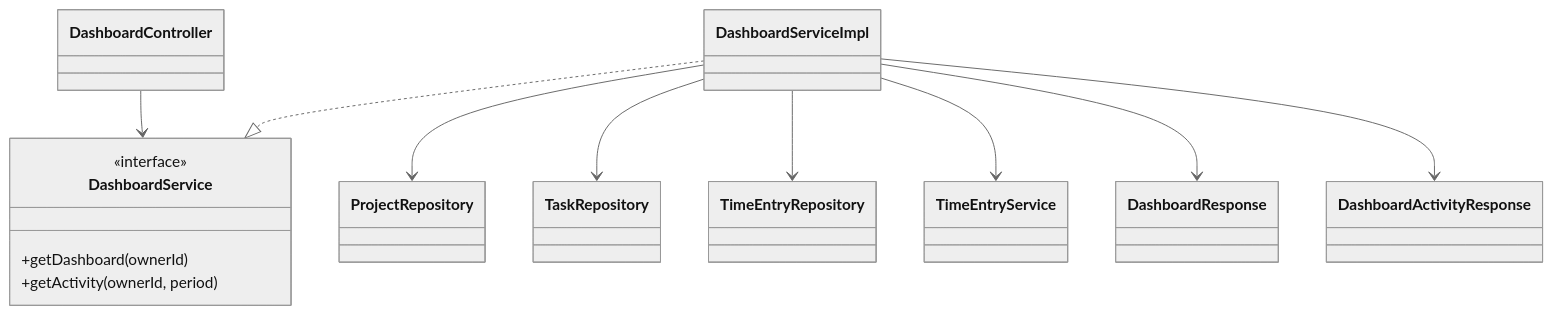
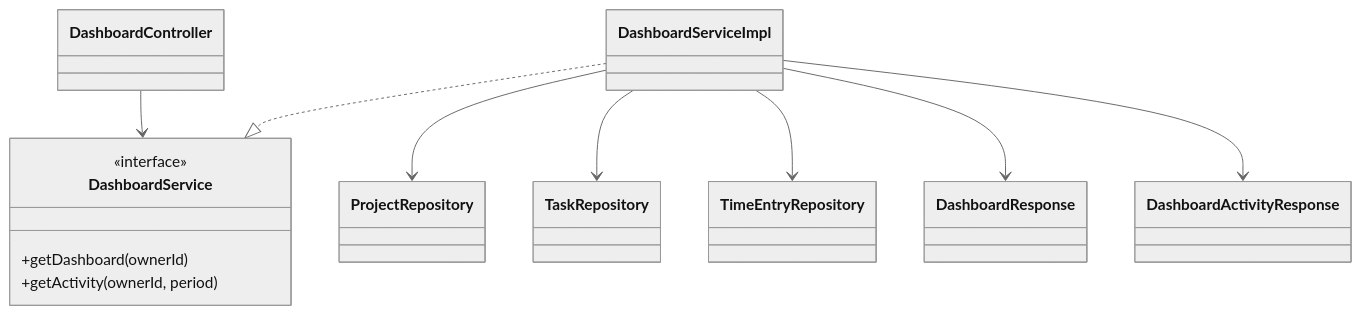
Before and after one commit to lillianxhub/freelance-hub: the first of 4 diagrams in doc/V1/DESIGN/nattadol-design.md, drawn with Mermaid (neutral theme). The commit also changed other lines of this file and 13 other files, not shown here.

````diff
--- a/doc/V1/DESIGN/nattadol-design.md
+++ b/doc/V1/DESIGN/nattadol-design.md
@@ -26,25 +26,23 @@
 ```mermaid
 classDiagram
     class DashboardController
     class DashboardService {
         <<interface>>
         +getDashboard(ownerId)
         +getActivity(ownerId, period)
     }
     class DashboardServiceImpl
     class ProjectRepository
     class TaskRepository
     class TimeEntryRepository
-    class TimeEntryService
     class DashboardResponse
     class DashboardActivityResponse
 
     DashboardController --> DashboardService
     DashboardServiceImpl ..|> DashboardService
     DashboardServiceImpl --> ProjectRepository
     DashboardServiceImpl --> TaskRepository
     DashboardServiceImpl --> TimeEntryRepository
-    DashboardServiceImpl --> TimeEntryService
     DashboardServiceImpl --> DashboardResponse
     DashboardServiceImpl --> DashboardActivityResponse
 ```
````
